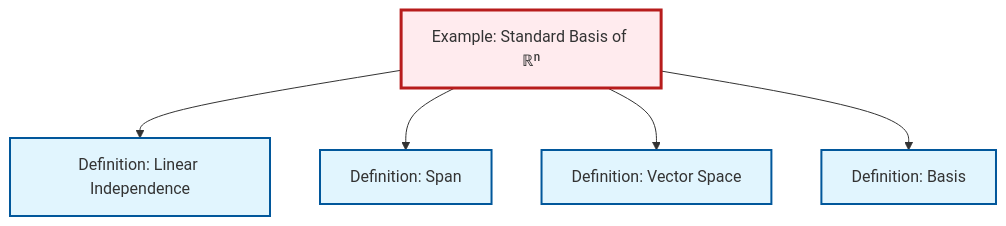
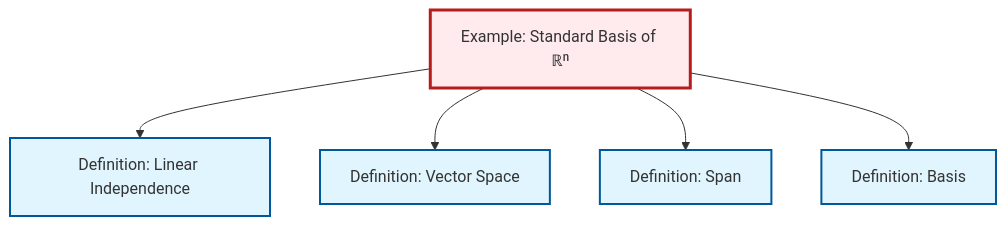
One commit to RK0429/ModernMath changed the diagram in content/en/algebra/ex-standard-basis-rn.qmd. Above: the diagram before and after it, drawn with Mermaid. The commit also changed other lines of this file and 1012 other files, not shown here.

````diff
--- a/content/en/algebra/ex-standard-basis-rn.qmd
+++ b/content/en/algebra/ex-standard-basis-rn.qmd
@@ -62,23 +62,23 @@
 ```{mermaid}
 %%| fig-cap: "Local dependency graph"
 graph TD
     classDef definition fill:#e1f5fe,stroke:#01579b,stroke-width:2px
     classDef theorem fill:#f3e5f5,stroke:#4a148c,stroke-width:2px
     classDef axiom fill:#fff3e0,stroke:#e65100,stroke-width:2px
     classDef example fill:#e8f5e9,stroke:#1b5e20,stroke-width:2px
     classDef current fill:#ffebee,stroke:#b71c1c,stroke-width:3px
     def-vector-space["Definition: Vector Space"]:::definition
+    def-linear-independence["Definition: Linear Independence"]:::definition
+    def-span["Definition: Span"]:::definition
     def-basis["Definition: Basis"]:::definition
-    def-span["Definition: Span"]:::definition
     ex-standard-basis-rn["Example: Standard Basis of ℝⁿ"]:::example
-    def-linear-independence["Definition: Linear Independence"]:::definition
     ex-standard-basis-rn --> def-linear-independence
+    ex-standard-basis-rn --> def-vector-space
     ex-standard-basis-rn --> def-span
-    ex-standard-basis-rn --> def-vector-space
     ex-standard-basis-rn --> def-basis
     class ex-standard-basis-rn current
     click def-vector-space "def-vector-space.html" "Go to Vector Space definition"
+    click def-linear-independence "def-linear-independence.html" "Go to Linear Independence definition"
+    click def-span "def-span.html" "Go to Span definition"
     click def-basis "def-basis.html" "Go to Basis definition"
-    click def-span "def-span.html" "Go to Span definition"
-    click def-linear-independence "def-linear-independence.html" "Go to Linear Independence definition"
 ```
````
